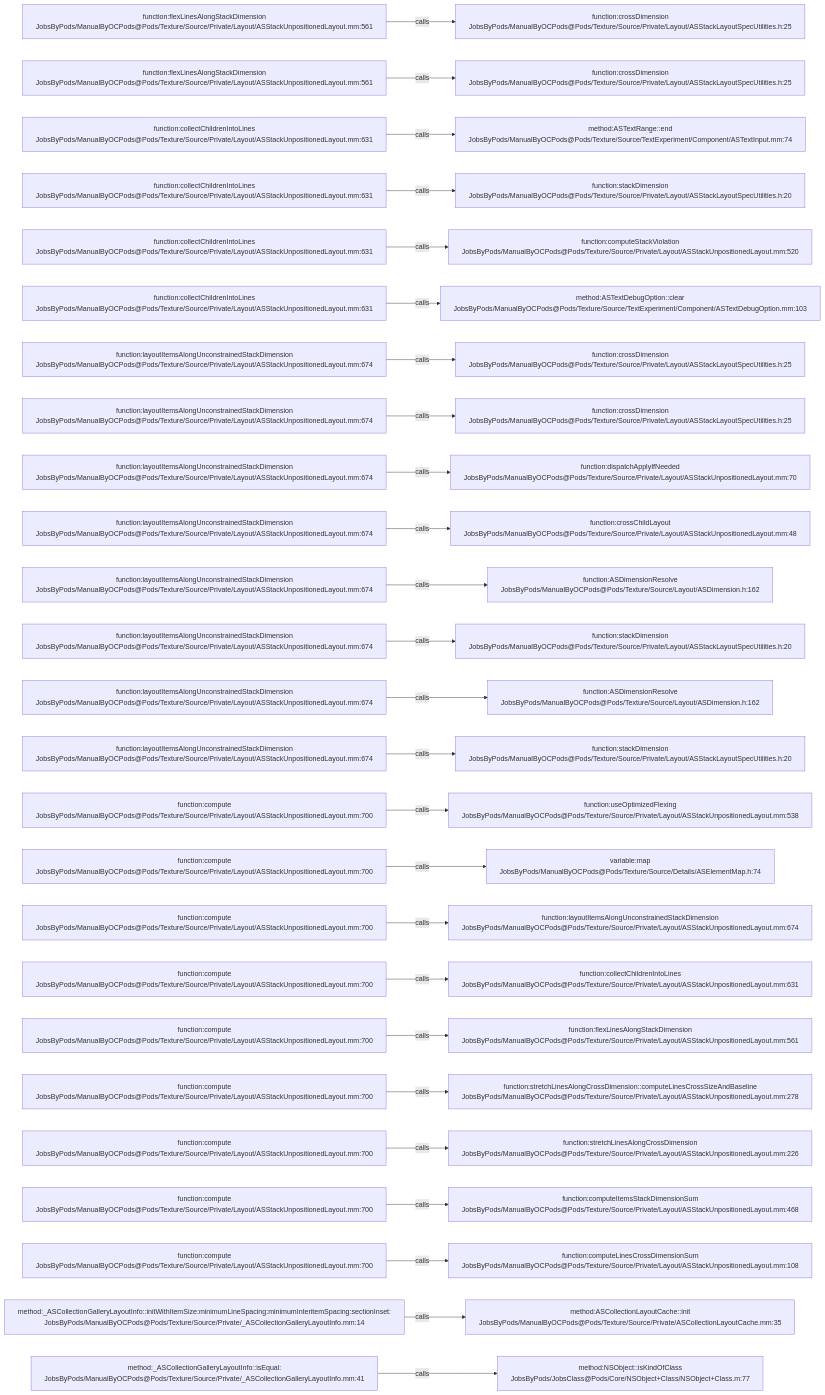
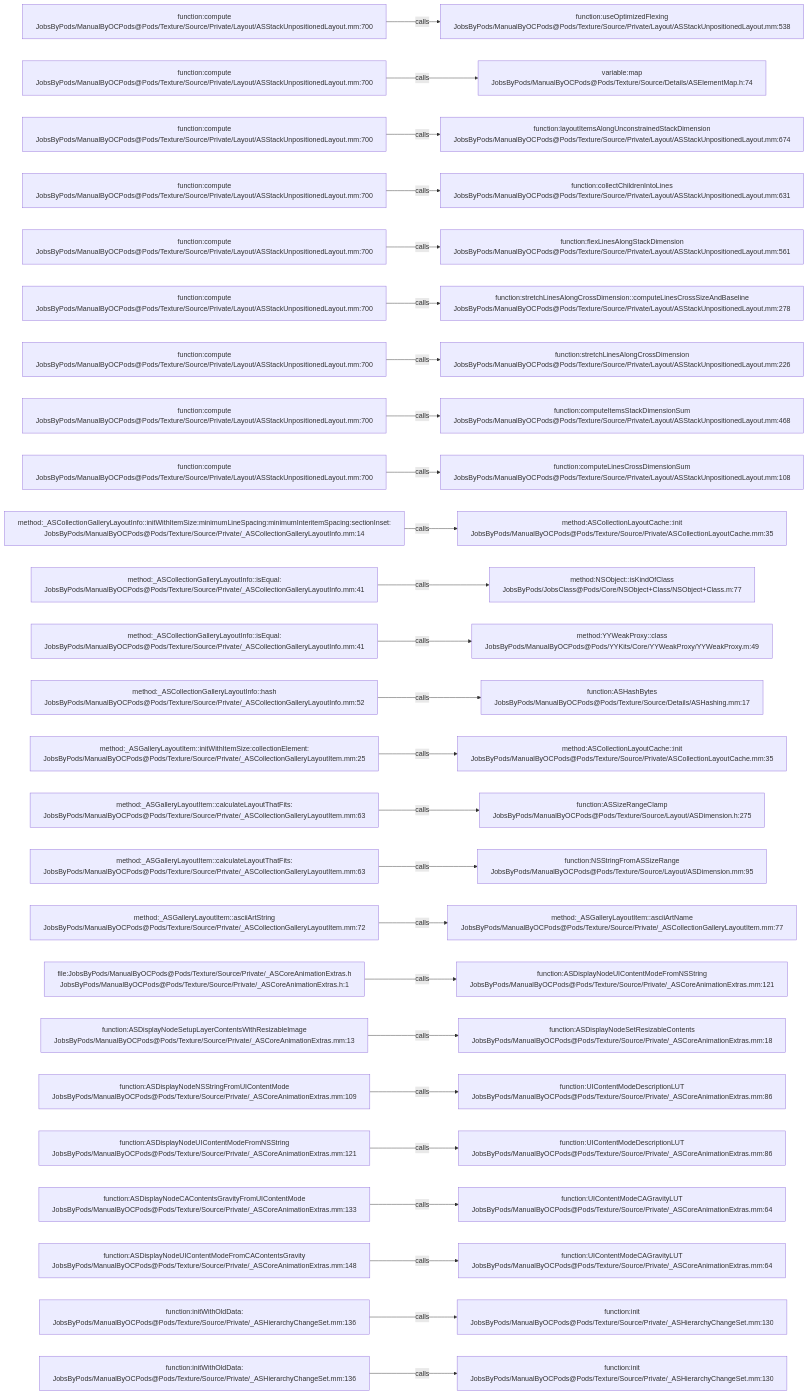
Before and after one commit to JobsKits/JobsOCBaseConfigDemo: the diagram in .codegraph/codegraph.md/graphs/calls-198.md, drawn with Mermaid. The commit also changed 296 other files, not shown here.

````diff
--- a/.codegraph/codegraph.md/graphs/calls-198.md
+++ b/.codegraph/codegraph.md/graphs/calls-198.md
@@ -13,78 +13,78 @@
 ```mermaid
 flowchart LR
-  S1["function:flexLinesAlongStackDimension<br/>JobsByPods/ManualByOCPods@Pods/Texture/Source/Private/Layout/ASStackUnpositionedLayout.mm:561"]
-  T1["function:crossDimension<br/>JobsByPods/ManualByOCPods@Pods/Texture/Source/Private/Layout/ASStackLayoutSpecUtilities.h:25"]
+  S1["function:compute<br/>JobsByPods/ManualByOCPods@Pods/Texture/Source/Private/Layout/ASStackUnpositionedLayout.mm:700"]
+  T1["function:useOptimizedFlexing<br/>JobsByPods/ManualByOCPods@Pods/Texture/Source/Private/Layout/ASStackUnpositionedLayout.mm:538"]
   S1 -->|calls| T1
-  S2["function:flexLinesAlongStackDimension<br/>JobsByPods/ManualByOCPods@Pods/Texture/Source/Private/Layout/ASStackUnpositionedLayout.mm:561"]
-  T2["function:crossDimension<br/>JobsByPods/ManualByOCPods@Pods/Texture/Source/Private/Layout/ASStackLayoutSpecUtilities.h:25"]
+  S2["function:compute<br/>JobsByPods/ManualByOCPods@Pods/Texture/Source/Private/Layout/ASStackUnpositionedLayout.mm:700"]
+  T2["variable:map<br/>JobsByPods/ManualByOCPods@Pods/Texture/Source/Details/ASElementMap.h:74"]
   S2 -->|calls| T2
-  S3["function:collectChildrenIntoLines<br/>JobsByPods/ManualByOCPods@Pods/Texture/Source/Private/Layout/ASStackUnpositionedLayout.mm:631"]
-  T3["method:ASTextRange::end<br/>JobsByPods/ManualByOCPods@Pods/Texture/Source/TextExperiment/Component/ASTextInput.mm:74"]
+  S3["function:compute<br/>JobsByPods/ManualByOCPods@Pods/Texture/Source/Private/Layout/ASStackUnpositionedLayout.mm:700"]
+  T3["function:layoutItemsAlongUnconstrainedStackDimension<br/>JobsByPods/ManualByOCPods@Pods/Texture/Source/Private/Layout/ASStackUnpositionedLayout.mm:674"]
   S3 -->|calls| T3
-  S4["function:collectChildrenIntoLines<br/>JobsByPods/ManualByOCPods@Pods/Texture/Source/Private/Layout/ASStackUnpositionedLayout.mm:631"]
-  T4["function:stackDimension<br/>JobsByPods/ManualByOCPods@Pods/Texture/Source/Private/Layout/ASStackLayoutSpecUtilities.h:20"]
+  S4["function:compute<br/>JobsByPods/ManualByOCPods@Pods/Texture/Source/Private/Layout/ASStackUnpositionedLayout.mm:700"]
+  T4["function:collectChildrenIntoLines<br/>JobsByPods/ManualByOCPods@Pods/Texture/Source/Private/Layout/ASStackUnpositionedLayout.mm:631"]
   S4 -->|calls| T4
-  S5["function:collectChildrenIntoLines<br/>JobsByPods/ManualByOCPods@Pods/Texture/Source/Private/Layout/ASStackUnpositionedLayout.mm:631"]
-  T5["function:computeStackViolation<br/>JobsByPods/ManualByOCPods@Pods/Texture/Source/Private/Layout/ASStackUnpositionedLayout.mm:520"]
+  S5["function:compute<br/>JobsByPods/ManualByOCPods@Pods/Texture/Source/Private/Layout/ASStackUnpositionedLayout.mm:700"]
+  T5["function:flexLinesAlongStackDimension<br/>JobsByPods/ManualByOCPods@Pods/Texture/Source/Private/Layout/ASStackUnpositionedLayout.mm:561"]
   S5 -->|calls| T5
-  S6["function:collectChildrenIntoLines<br/>JobsByPods/ManualByOCPods@Pods/Texture/Source/Private/Layout/ASStackUnpositionedLayout.mm:631"]
-  T6["method:ASTextDebugOption::clear<br/>JobsByPods/ManualByOCPods@Pods/Texture/Source/TextExperiment/Component/ASTextDebugOption.mm:103"]
+  S6["function:compute<br/>JobsByPods/ManualByOCPods@Pods/Texture/Source/Private/Layout/ASStackUnpositionedLayout.mm:700"]
+  T6["function:stretchLinesAlongCrossDimension::computeLinesCrossSizeAndBaseline<br/>JobsByPods/ManualByOCPods@Pods/Texture/Source/Private/Layout/ASStackUnpositionedLayout.mm:278"]
   S6 -->|calls| T6
-  S7["function:layoutItemsAlongUnconstrainedStackDimension<br/>JobsByPods/ManualByOCPods@Pods/Texture/Source/Private/Layout/ASStackUnpositionedLayout.mm:674"]
-  T7["function:crossDimension<br/>JobsByPods/ManualByOCPods@Pods/Texture/Source/Private/Layout/ASStackLayoutSpecUtilities.h:25"]
+  S7["function:compute<br/>JobsByPods/ManualByOCPods@Pods/Texture/Source/Private/Layout/ASStackUnpositionedLayout.mm:700"]
+  T7["function:stretchLinesAlongCrossDimension<br/>JobsByPods/ManualByOCPods@Pods/Texture/Source/Private/Layout/ASStackUnpositionedLayout.mm:226"]
   S7 -->|calls| T7
-  S8["function:layoutItemsAlongUnconstrainedStackDimension<br/>JobsByPods/ManualByOCPods@Pods/Texture/Source/Private/Layout/ASStackUnpositionedLayout.mm:674"]
-  T8["function:crossDimension<br/>JobsByPods/ManualByOCPods@Pods/Texture/Source/Private/Layout/ASStackLayoutSpecUtilities.h:25"]
+  S8["function:compute<br/>JobsByPods/ManualByOCPods@Pods/Texture/Source/Private/Layout/ASStackUnpositionedLayout.mm:700"]
+  T8["function:computeItemsStackDimensionSum<br/>JobsByPods/ManualByOCPods@Pods/Texture/Source/Private/Layout/ASStackUnpositionedLayout.mm:468"]
   S8 -->|calls| T8
-  S9["function:layoutItemsAlongUnconstrainedStackDimension<br/>JobsByPods/ManualByOCPods@Pods/Texture/Source/Private/Layout/ASStackUnpositionedLayout.mm:674"]
-  T9["function:dispatchApplyIfNeeded<br/>JobsByPods/ManualByOCPods@Pods/Texture/Source/Private/Layout/ASStackUnpositionedLayout.mm:70"]
+  S9["function:compute<br/>JobsByPods/ManualByOCPods@Pods/Texture/Source/Private/Layout/ASStackUnpositionedLayout.mm:700"]
+  T9["function:computeLinesCrossDimensionSum<br/>JobsByPods/ManualByOCPods@Pods/Texture/Source/Private/Layout/ASStackUnpositionedLayout.mm:108"]
   S9 -->|calls| T9
-  S10["function:layoutItemsAlongUnconstrainedStackDimension<br/>JobsByPods/ManualByOCPods@Pods/Texture/Source/Private/Layout/ASStackUnpositionedLayout.mm:674"]
-  T10["function:crossChildLayout<br/>JobsByPods/ManualByOCPods@Pods/Texture/Source/Private/Layout/ASStackUnpositionedLayout.mm:48"]
+  S10["method:_ASCollectionGalleryLayoutInfo::initWithItemSize:minimumLineSpacing:minimumInteritemSpacing:sectionInset:<br/>JobsByPods/ManualByOCPods@Pods/Texture/Source/Private/_ASCollectionGalleryLayoutInfo.mm:14"]
+  T10["method:ASCollectionLayoutCache::init<br/>JobsByPods/ManualByOCPods@Pods/Texture/Source/Private/ASCollectionLayoutCache.mm:35"]
   S10 -->|calls| T10
-  S11["function:layoutItemsAlongUnconstrainedStackDimension<br/>JobsByPods/ManualByOCPods@Pods/Texture/Source/Private/Layout/ASStackUnpositionedLayout.mm:674"]
-  T11["function:ASDimensionResolve<br/>JobsByPods/ManualByOCPods@Pods/Texture/Source/Layout/ASDimension.h:162"]
+  S11["method:_ASCollectionGalleryLayoutInfo::isEqual:<br/>JobsByPods/ManualByOCPods@Pods/Texture/Source/Private/_ASCollectionGalleryLayoutInfo.mm:41"]
+  T11["method:NSObject::isKindOfClass<br/>JobsByPods/JobsClass@Pods/Core/NSObject+Class/NSObject+Class.m:77"]
   S11 -->|calls| T11
-  S12["function:layoutItemsAlongUnconstrainedStackDimension<br/>JobsByPods/ManualByOCPods@Pods/Texture/Source/Private/Layout/ASStackUnpositionedLayout.mm:674"]
-  T12["function:stackDimension<br/>JobsByPods/ManualByOCPods@Pods/Texture/Source/Private/Layout/ASStackLayoutSpecUtilities.h:20"]
+  S12["method:_ASCollectionGalleryLayoutInfo::isEqual:<br/>JobsByPods/ManualByOCPods@Pods/Texture/Source/Private/_ASCollectionGalleryLayoutInfo.mm:41"]
+  T12["method:YYWeakProxy::class<br/>JobsByPods/ManualByOCPods@Pods/YYKits/Core/YYWeakProxy/YYWeakProxy.m:49"]
   S12 -->|calls| T12
-  S13["function:layoutItemsAlongUnconstrainedStackDimension<br/>JobsByPods/ManualByOCPods@Pods/Texture/Source/Private/Layout/ASStackUnpositionedLayout.mm:674"]
-  T13["function:ASDimensionResolve<br/>JobsByPods/ManualByOCPods@Pods/Texture/Source/Layout/ASDimension.h:162"]
+  S13["method:_ASCollectionGalleryLayoutInfo::hash<br/>JobsByPods/ManualByOCPods@Pods/Texture/Source/Private/_ASCollectionGalleryLayoutInfo.mm:52"]
+  T13["function:ASHashBytes<br/>JobsByPods/ManualByOCPods@Pods/Texture/Source/Details/ASHashing.mm:17"]
   S13 -->|calls| T13
-  S14["function:layoutItemsAlongUnconstrainedStackDimension<br/>JobsByPods/ManualByOCPods@Pods/Texture/Source/Private/Layout/ASStackUnpositionedLayout.mm:674"]
-  T14["function:stackDimension<br/>JobsByPods/ManualByOCPods@Pods/Texture/Source/Private/Layout/ASStackLayoutSpecUtilities.h:20"]
+  S14["method:_ASGalleryLayoutItem::initWithItemSize:collectionElement:<br/>JobsByPods/ManualByOCPods@Pods/Texture/Source/Private/_ASCollectionGalleryLayoutItem.mm:25"]
+  T14["method:ASCollectionLayoutCache::init<br/>JobsByPods/ManualByOCPods@Pods/Texture/Source/Private/ASCollectionLayoutCache.mm:35"]
   S14 -->|calls| T14
-  S15["function:compute<br/>JobsByPods/ManualByOCPods@Pods/Texture/Source/Private/Layout/ASStackUnpositionedLayout.mm:700"]
-  T15["function:useOptimizedFlexing<br/>JobsByPods/ManualByOCPods@Pods/Texture/Source/Private/Layout/ASStackUnpositionedLayout.mm:538"]
+  S15["method:_ASGalleryLayoutItem::calculateLayoutThatFits:<br/>JobsByPods/ManualByOCPods@Pods/Texture/Source/Private/_ASCollectionGalleryLayoutItem.mm:63"]
+  T15["function:ASSizeRangeClamp<br/>JobsByPods/ManualByOCPods@Pods/Texture/Source/Layout/ASDimension.h:275"]
   S15 -->|calls| T15
-  S16["function:compute<br/>JobsByPods/ManualByOCPods@Pods/Texture/Source/Private/Layout/ASStackUnpositionedLayout.mm:700"]
-  T16["variable:map<br/>JobsByPods/ManualByOCPods@Pods/Texture/Source/Details/ASElementMap.h:74"]
+  S16["method:_ASGalleryLayoutItem::calculateLayoutThatFits:<br/>JobsByPods/ManualByOCPods@Pods/Texture/Source/Private/_ASCollectionGalleryLayoutItem.mm:63"]
+  T16["function:NSStringFromASSizeRange<br/>JobsByPods/ManualByOCPods@Pods/Texture/Source/Layout/ASDimension.mm:95"]
   S16 -->|calls| T16
-  S17["function:compute<br/>JobsByPods/ManualByOCPods@Pods/Texture/Source/Private/Layout/ASStackUnpositionedLayout.mm:700"]
-  T17["function:layoutItemsAlongUnconstrainedStackDimension<br/>JobsByPods/ManualByOCPods@Pods/Texture/Source/Private/Layout/ASStackUnpositionedLayout.mm:674"]
+  S17["method:_ASGalleryLayoutItem::asciiArtString<br/>JobsByPods/ManualByOCPods@Pods/Texture/Source/Private/_ASCollectionGalleryLayoutItem.mm:72"]
+  T17["method:_ASGalleryLayoutItem::asciiArtName<br/>JobsByPods/ManualByOCPods@Pods/Texture/Source/Private/_ASCollectionGalleryLayoutItem.mm:77"]
   S17 -->|calls| T17
-  S18["function:compute<br/>JobsByPods/ManualByOCPods@Pods/Texture/Source/Private/Layout/ASStackUnpositionedLayout.mm:700"]
-  T18["function:collectChildrenIntoLines<br/>JobsByPods/ManualByOCPods@Pods/Texture/Source/Private/Layout/ASStackUnpositionedLayout.mm:631"]
+  S18["file:JobsByPods/ManualByOCPods@Pods/Texture/Source/Private/_ASCoreAnimationExtras.h<br/>JobsByPods/ManualByOCPods@Pods/Texture/Source/Private/_ASCoreAnimationExtras.h:1"]
+  T18["function:ASDisplayNodeUIContentModeFromNSString<br/>JobsByPods/ManualByOCPods@Pods/Texture/Source/Private/_ASCoreAnimationExtras.mm:121"]
   S18 -->|calls| T18
-  S19["function:compute<br/>JobsByPods/ManualByOCPods@Pods/Texture/Source/Private/Layout/ASStackUnpositionedLayout.mm:700"]
-  T19["function:flexLinesAlongStackDimension<br/>JobsByPods/ManualByOCPods@Pods/Texture/Source/Private/Layout/ASStackUnpositionedLayout.mm:561"]
+  S19["function:ASDisplayNodeSetupLayerContentsWithResizableImage<br/>JobsByPods/ManualByOCPods@Pods/Texture/Source/Private/_ASCoreAnimationExtras.mm:13"]
+  T19["function:ASDisplayNodeSetResizableContents<br/>JobsByPods/ManualByOCPods@Pods/Texture/Source/Private/_ASCoreAnimationExtras.mm:18"]
   S19 -->|calls| T19
-  S20["function:compute<br/>JobsByPods/ManualByOCPods@Pods/Texture/Source/Private/Layout/ASStackUnpositionedLayout.mm:700"]
-  T20["function:stretchLinesAlongCrossDimension::computeLinesCrossSizeAndBaseline<br/>JobsByPods/ManualByOCPods@Pods/Texture/Source/Private/Layout/ASStackUnpositionedLayout.mm:278"]
+  S20["function:ASDisplayNodeNSStringFromUIContentMode<br/>JobsByPods/ManualByOCPods@Pods/Texture/Source/Private/_ASCoreAnimationExtras.mm:109"]
+  T20["function:UIContentModeDescriptionLUT<br/>JobsByPods/ManualByOCPods@Pods/Texture/Source/Private/_ASCoreAnimationExtras.mm:86"]
   S20 -->|calls| T20
-  S21["function:compute<br/>JobsByPods/ManualByOCPods@Pods/Texture/Source/Private/Layout/ASStackUnpositionedLayout.mm:700"]
-  T21["function:stretchLinesAlongCrossDimension<br/>JobsByPods/ManualByOCPods@Pods/Texture/Source/Private/Layout/ASStackUnpositionedLayout.mm:226"]
+  S21["function:ASDisplayNodeUIContentModeFromNSString<br/>JobsByPods/ManualByOCPods@Pods/Texture/Source/Private/_ASCoreAnimationExtras.mm:121"]
+  T21["function:UIContentModeDescriptionLUT<br/>JobsByPods/ManualByOCPods@Pods/Texture/Source/Private/_ASCoreAnimationExtras.mm:86"]
   S21 -->|calls| T21
-  S22["function:compute<br/>JobsByPods/ManualByOCPods@Pods/Texture/Source/Private/Layout/ASStackUnpositionedLayout.mm:700"]
-  T22["function:computeItemsStackDimensionSum<br/>JobsByPods/ManualByOCPods@Pods/Texture/Source/Private/Layout/ASStackUnpositionedLayout.mm:468"]
+  S22["function:ASDisplayNodeCAContentsGravityFromUIContentMode<br/>JobsByPods/ManualByOCPods@Pods/Texture/Source/Private/_ASCoreAnimationExtras.mm:133"]
+  T22["function:UIContentModeCAGravityLUT<br/>JobsByPods/ManualByOCPods@Pods/Texture/Source/Private/_ASCoreAnimationExtras.mm:64"]
   S22 -->|calls| T22
-  S23["function:compute<br/>JobsByPods/ManualByOCPods@Pods/Texture/Source/Private/Layout/ASStackUnpositionedLayout.mm:700"]
-  T23["function:computeLinesCrossDimensionSum<br/>JobsByPods/ManualByOCPods@Pods/Texture/Source/Private/Layout/ASStackUnpositionedLayout.mm:108"]
+  S23["function:ASDisplayNodeUIContentModeFromCAContentsGravity<br/>JobsByPods/ManualByOCPods@Pods/Texture/Source/Private/_ASCoreAnimationExtras.mm:148"]
+  T23["function:UIContentModeCAGravityLUT<br/>JobsByPods/ManualByOCPods@Pods/Texture/Source/Private/_ASCoreAnimationExtras.mm:64"]
   S23 -->|calls| T23
-  S24["method:_ASCollectionGalleryLayoutInfo::initWithItemSize:minimumLineSpacing:minimumInteritemSpacing:sectionInset:<br/>JobsByPods/ManualByOCPods@Pods/Texture/Source/Private/_ASCollectionGalleryLayoutInfo.mm:14"]
-  T24["method:ASCollectionLayoutCache::init<br/>JobsByPods/ManualByOCPods@Pods/Texture/Source/Private/ASCollectionLayoutCache.mm:35"]
+  S24["function:initWithOldData:<br/>JobsByPods/ManualByOCPods@Pods/Texture/Source/Private/_ASHierarchyChangeSet.mm:136"]
+  T24["function:init<br/>JobsByPods/ManualByOCPods@Pods/Texture/Source/Private/_ASHierarchyChangeSet.mm:130"]
   S24 -->|calls| T24
-  S25["method:_ASCollectionGalleryLayoutInfo::isEqual:<br/>JobsByPods/ManualByOCPods@Pods/Texture/Source/Private/_ASCollectionGalleryLayoutInfo.mm:41"]
-  T25["method:NSObject::isKindOfClass<br/>JobsByPods/JobsClass@Pods/Core/NSObject+Class/NSObject+Class.m:77"]
+  S25["function:initWithOldData:<br/>JobsByPods/ManualByOCPods@Pods/Texture/Source/Private/_ASHierarchyChangeSet.mm:136"]
+  T25["function:init<br/>JobsByPods/ManualByOCPods@Pods/Texture/Source/Private/_ASHierarchyChangeSet.mm:130"]
   S25 -->|calls| T25
 ```
````
